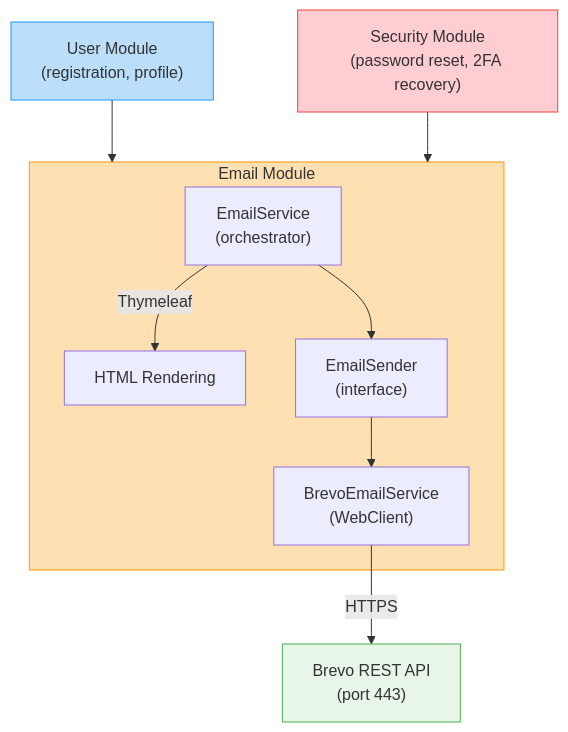
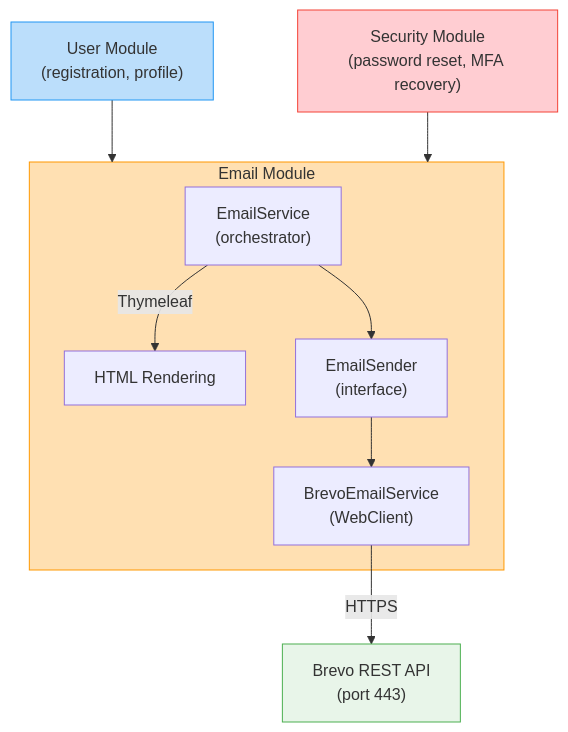
One commit to urvagandhi/coinTrack changed the first of 4 diagrams in backend/src/main/java/com/urva/myfinance/coinTrack/email/README.md. Above: the diagram before and after it, drawn with Mermaid. The commit also changed other lines of this file and 76 other files, not shown here.

````diff
--- a/backend/src/main/java/com/urva/myfinance/coinTrack/email/README.md
+++ b/backend/src/main/java/com/urva/myfinance/coinTrack/email/README.md
@@ -65,18 +65,18 @@
 ```mermaid
 graph TD
     UM["User Module<br/>(registration, profile)"] --> EM["Email Module"]
-    SM["Security Module<br/>(password reset, 2FA recovery)"] --> EM
+    SM["Security Module<br/>(password reset, MFA recovery)"] --> EM
 
     subgraph EM["Email Module"]
         ES["EmailService<br/>(orchestrator)"] -->|"Thymeleaf"| HTML["HTML Rendering"]
         ES --> SENDER["EmailSender<br/>(interface)"]
         SENDER --> BREVO["BrevoEmailService<br/>(WebClient)"]
     end
 
     BREVO -->|"HTTPS"| API["Brevo REST API<br/>(port 443)"]
 
     style UM fill:#bbdefb,stroke:#2196F3
     style SM fill:#ffcdd2,stroke:#F44336
     style EM fill:#ffe0b2,stroke:#FF9800
     style API fill:#e8f5e9,stroke:#4CAF50
 ```
````
